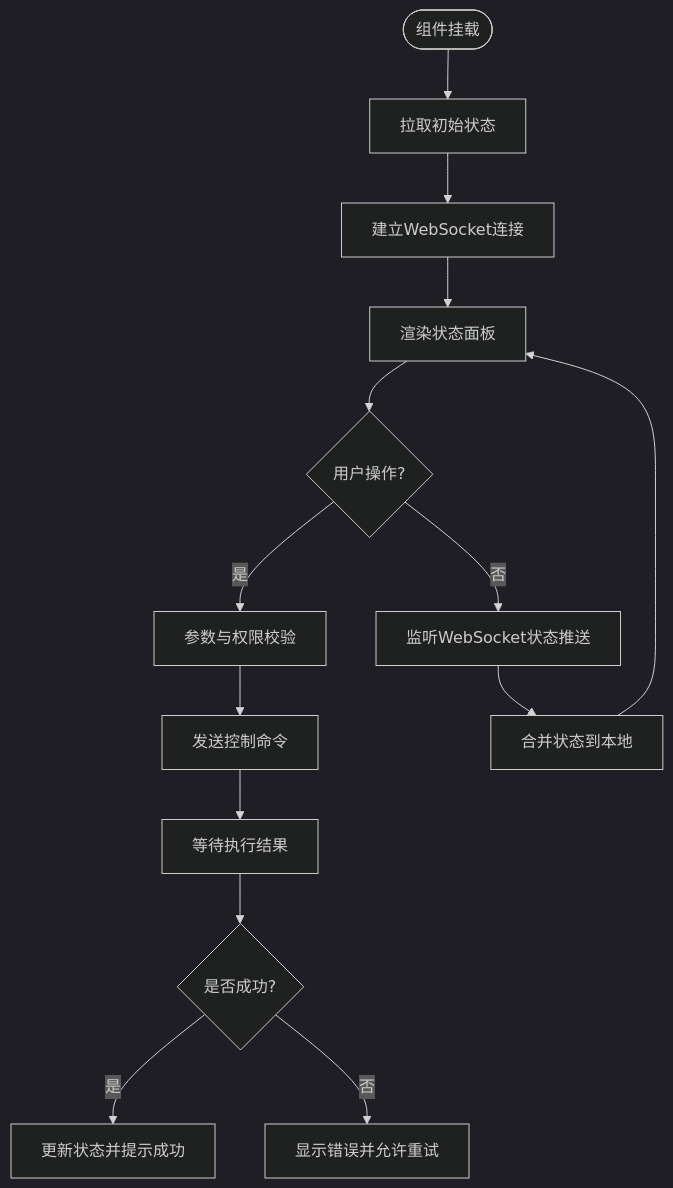
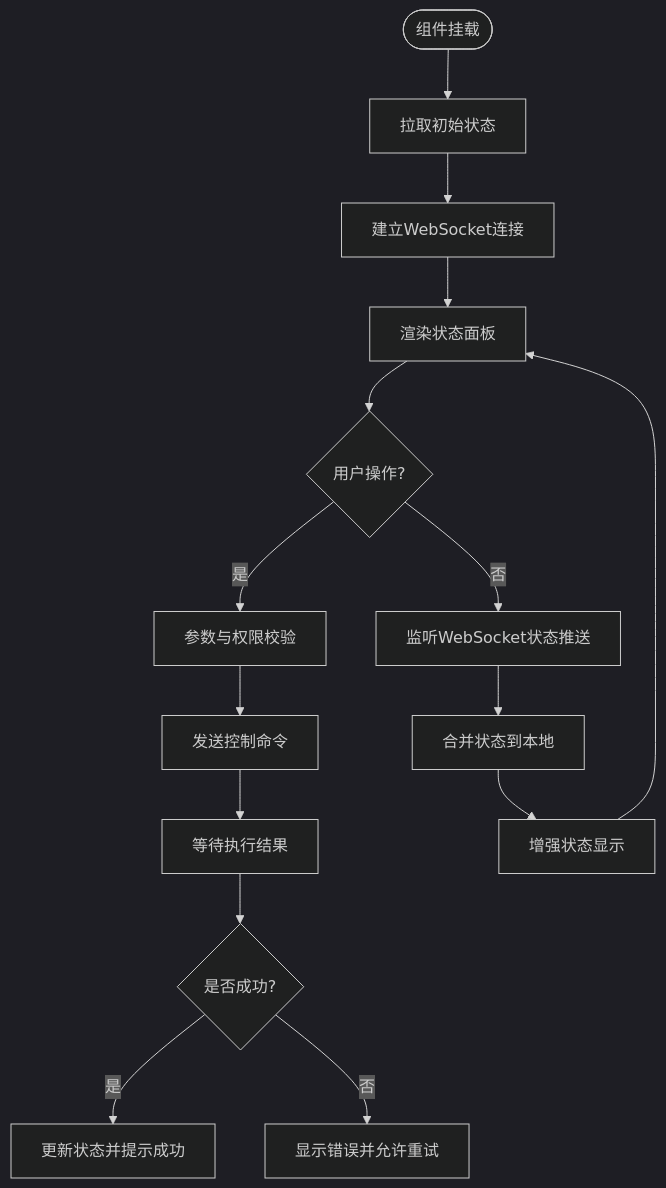
The third of 5 diagrams in .qoder/repowiki/zh/content/前端应用架构/功能组件/车辆控制组件.md (zmdhdu/NexusCockpit), drawn with Mermaid (dark theme) before and after one commit. The commit also changed other lines of this file and 43 other files, not shown here.

````diff
--- a/.qoder/repowiki/zh/content/前端应用架构/功能组件/车辆控制组件.md
+++ b/.qoder/repowiki/zh/content/前端应用架构/功能组件/车辆控制组件.md
@@ -185,16 +202,17 @@
 ```mermaid
 flowchart TD
 Start(["组件挂载"]) --> Fetch["拉取初始状态"]
 Fetch --> WSConnect["建立WebSocket连接"]
 WSConnect --> Render["渲染状态面板"]
 Render --> UserAction{"用户操作?"}
 UserAction --> |是| Validate["参数与权限校验"]
 Validate --> SendCmd["发送控制命令"]
 SendCmd --> WaitResult["等待执行结果"]
 WaitResult --> ResultOK{"是否成功?"}
 ResultOK --> |是| UpdateState["更新状态并提示成功"]
 ResultOK --> |否| ShowError["显示错误并允许重试"]
 UserAction --> |否| ListenWS["监听WebSocket状态推送"]
 ListenWS --> MergeState["合并状态到本地"]
-MergeState --> Render
+MergeState --> EnhancedDisplay["增强状态显示"]
+EnhancedDisplay --> Render
 ```
````
